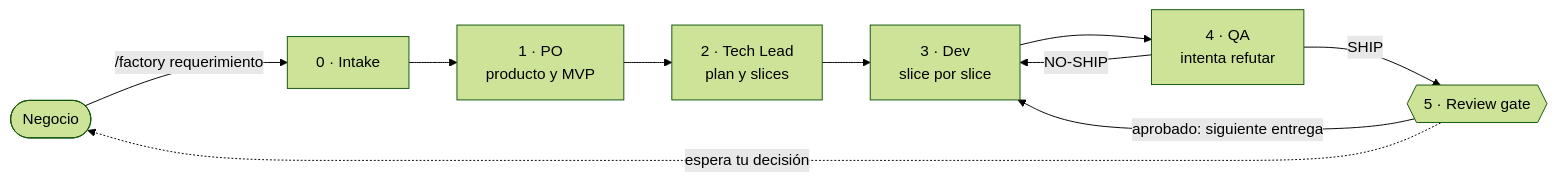
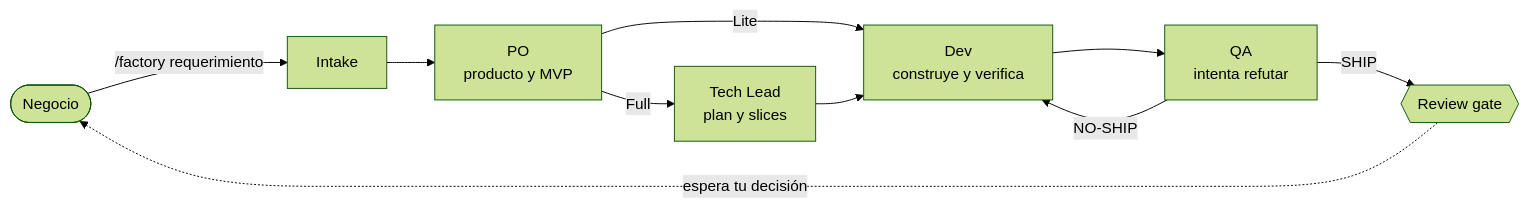
Before and after one commit to fedesauzzadev/software-factory-claude: the diagram in README.md, drawn with Mermaid (forest theme). The commit also changed other lines of this file and 38 other files, not shown here.

First line of the commit message:
feat: corrida Lite, herramientas acotadas y nodos por script (v0.5.0)

````diff
--- a/README.md
+++ b/README.md
@@ -7,12 +7,12 @@
 ```mermaid
 flowchart LR
-    N([Negocio]) -->|"/factory requerimiento"| I[0 · Intake]
-    I --> PO[1 · PO<br/>producto y MVP]
-    PO --> TL[2 · Tech Lead<br/>plan y slices]
-    TL --> DEV[3 · Dev<br/>slice por slice]
-    DEV --> QA[4 · QA<br/>intenta refutar]
+    N([Negocio]) -->|"/factory requerimiento"| I[Intake]
+    I --> PO[PO<br/>producto y MVP]
+    PO -->|Lite| DEV[Dev<br/>construye y verifica]
+    PO -->|Full| TL[Tech Lead<br/>plan y slices]
+    TL --> DEV
+    DEV --> QA[QA<br/>intenta refutar]
     QA -->|NO-SHIP| DEV
-    QA -->|SHIP| G{{5 · Review gate}}
-    G -->|aprobado: siguiente entrega| DEV
+    QA -->|SHIP| G{{Review gate}}
     G -.->|espera tu decisión| N
 ```
````
